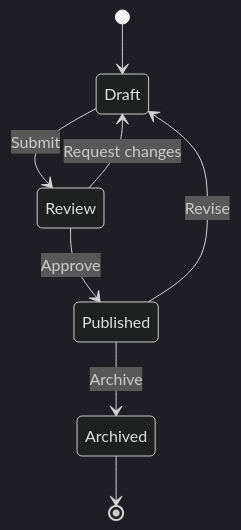
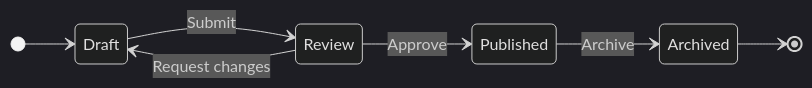
The eighth of 12 diagrams in docs/reference/diagrams.md (r4sky0/sphinx-lumina-theme), drawn with Mermaid (dark theme) before and after one commit. The commit also changed other lines of this file and 9 other files, not shown here.

Commit message:
feat(mermaid): refine diagram design and natural sizing (#150)

````diff
--- a/docs/reference/diagrams.md
+++ b/docs/reference/diagrams.md
@@ -182,10 +190,12 @@
 ```{mermaid}
 stateDiagram-v2
+    accTitle: Document review lifecycle
+    accDescr: A draft is reviewed, published, and archived. A review can return it to draft.
+    direction LR
     [*] --> Draft
     Draft --> Review : Submit
     Review --> Published : Approve
     Review --> Draft : Request changes
     Published --> Archived : Archive
-    Published --> Draft : Revise
     Archived --> [*]
 ```
````
